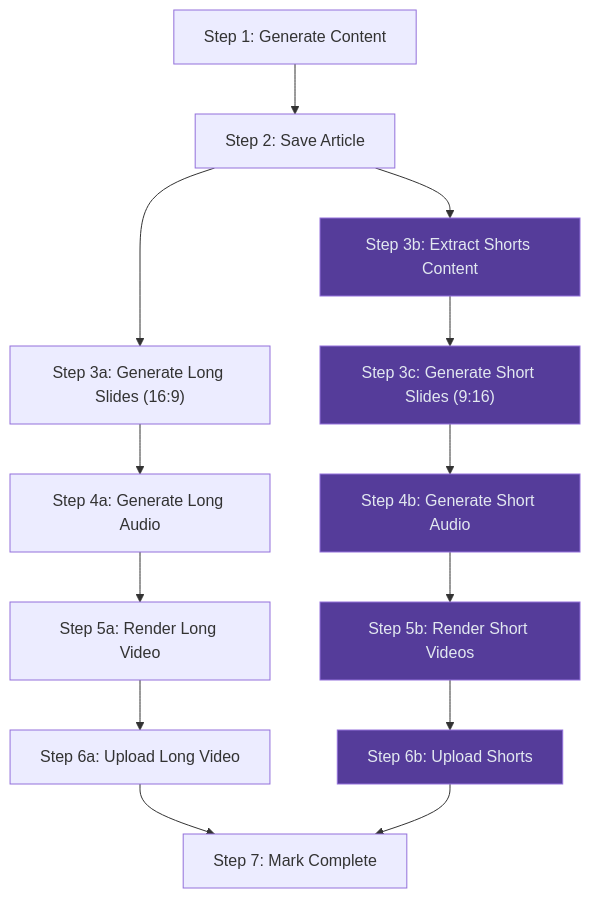
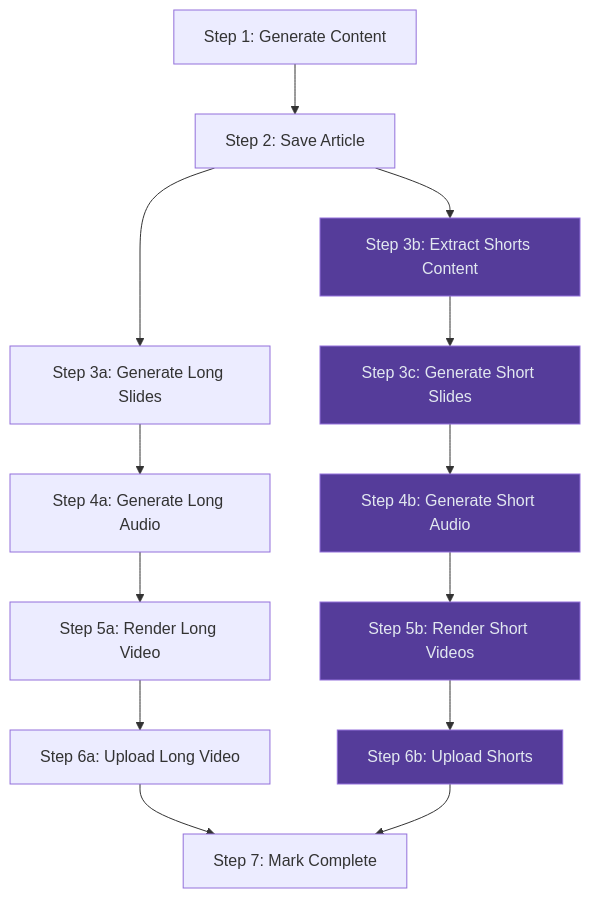
The second of 2 diagrams in specs/spec-04-shorts-pipeline.md (AbhinandanPun/dinopedia), drawn with Mermaid before and after one commit. The commit also changed other lines of this file and 5 other files, not shown here.

````diff
--- a/specs/spec-04-shorts-pipeline.md
+++ b/specs/spec-04-shorts-pipeline.md
@@ -157,21 +157,21 @@
 ```mermaid
 flowchart TD
     S1["Step 1: Generate Content"] --> S2["Step 2: Save Article"]
-    S2 --> S3["Step 3a: Generate Long Slides (16:9)"]
+    S2 --> S3["Step 3a: Generate Long Slides"]
     S2 --> S3b["Step 3b: Extract Shorts Content"]
-    S3b --> S3c["Step 3c: Generate Short Slides (9:16)"]
+    S3b --> S3c["Step 3c: Generate Short Slides"]
     S3 --> S4["Step 4a: Generate Long Audio"]
     S3c --> S4b["Step 4b: Generate Short Audio"]
     S4 --> S5a["Step 5a: Render Long Video"]
     S4b --> S5b["Step 5b: Render Short Videos"]
     S5a --> S6a["Step 6a: Upload Long Video"]
     S5b --> S6b["Step 6b: Upload Shorts"]
     S6a --> S7["Step 7: Mark Complete"]
     S6b --> S7
 
     style S3b fill:#553c9a,color:#e2e8f0
     style S3c fill:#553c9a,color:#e2e8f0
     style S4b fill:#553c9a,color:#e2e8f0
     style S5b fill:#553c9a,color:#e2e8f0
     style S6b fill:#553c9a,color:#e2e8f0
 ```
````
